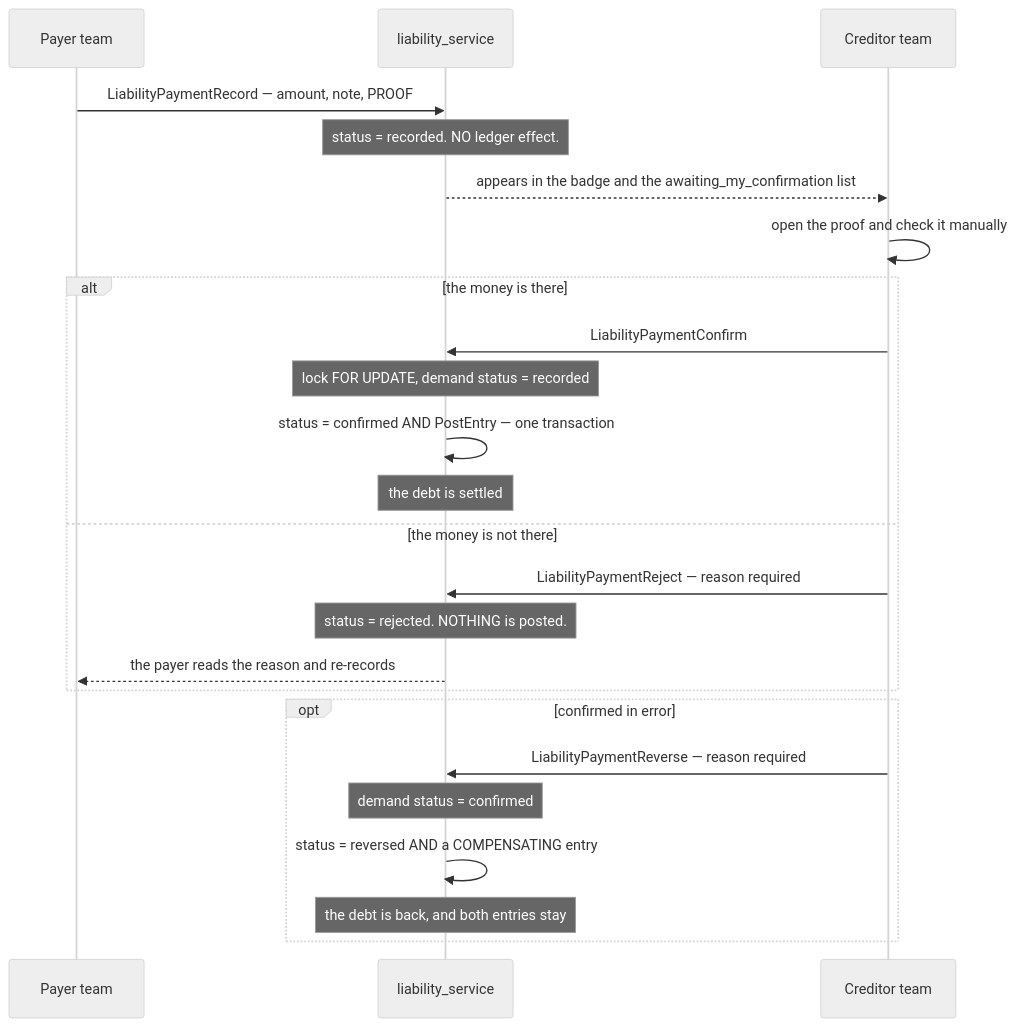
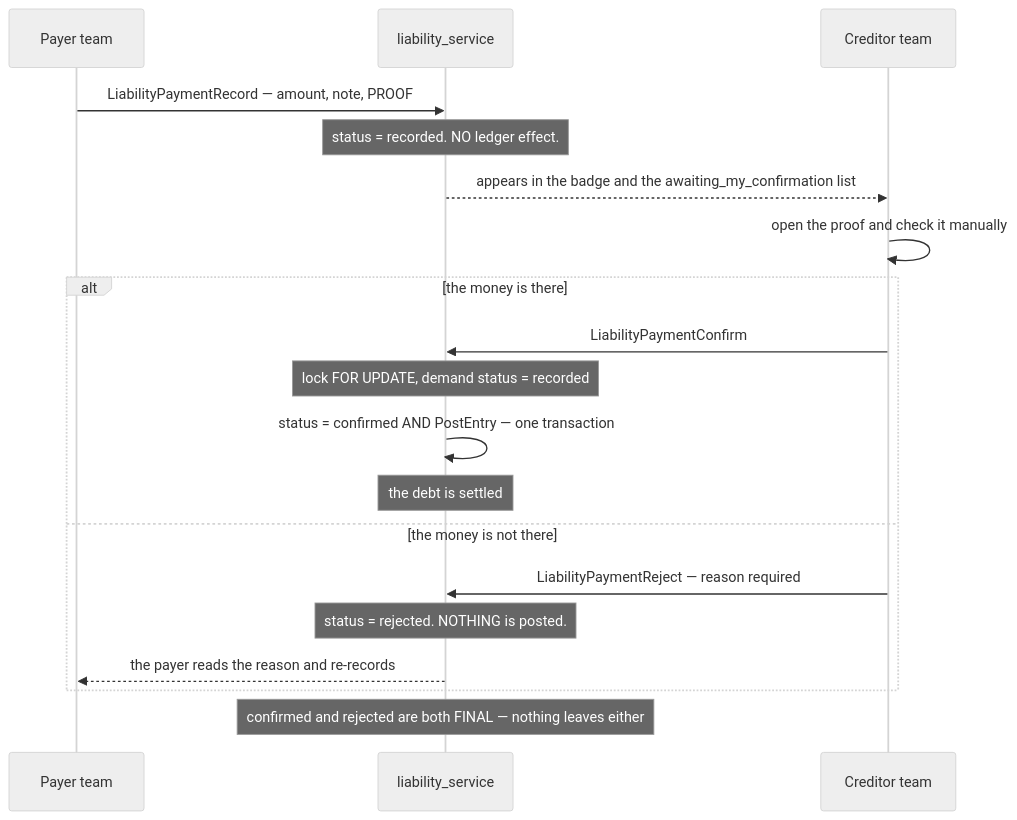
Before and after one commit to pdcgo/warehouse_revamp: the sixth of 6 diagrams in docs/services/liability_service/rpc.md, drawn with Mermaid (neutral theme). The commit also changed other lines of this file and 23 other files, not shown here.

First line of the commit message:
an-accepted-payment-is-final: LiabilityPaymentReverse is removed

````diff
--- a/docs/services/liability_service/rpc.md
+++ b/docs/services/liability_service/rpc.md
@@ -429,30 +429,25 @@
 ```mermaid
 sequenceDiagram
     participant P as Payer team
     participant S as liability_service
     participant C as Creditor team
 
     P->>S: LiabilityPaymentRecord — amount, note, PROOF
     Note over S: status = recorded. NO ledger effect.
     S-->>C: appears in the badge and the awaiting_my_confirmation list
 
     C->>C: open the proof and check it manually
 
     alt the money is there
         C->>S: LiabilityPaymentConfirm
         Note over S: lock FOR UPDATE, demand status = recorded
         S->>S: status = confirmed AND PostEntry — one transaction
         Note over S: the debt is settled
     else the money is not there
         C->>S: LiabilityPaymentReject — reason required
         Note over S: status = rejected. NOTHING is posted.
         S-->>P: the payer reads the reason and re-records
     end
 
-    opt confirmed in error
-        C->>S: LiabilityPaymentReverse — reason required
-        Note over S: demand status = confirmed
-        S->>S: status = reversed AND a COMPENSATING entry
-        Note over S: the debt is back, and both entries stay
-    end
+    Note over S: confirmed and rejected are both FINAL — nothing leaves either
 ```
````
